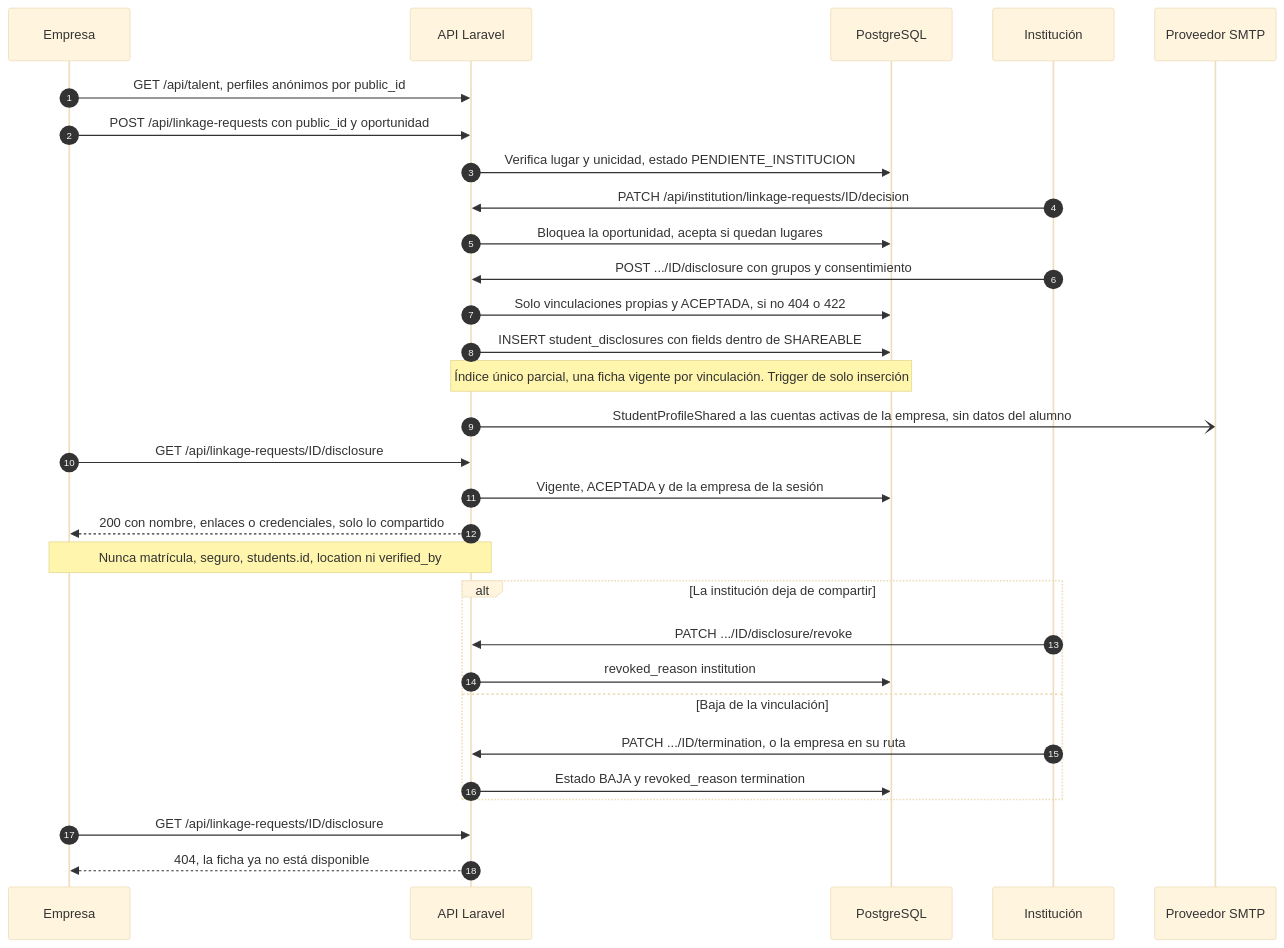
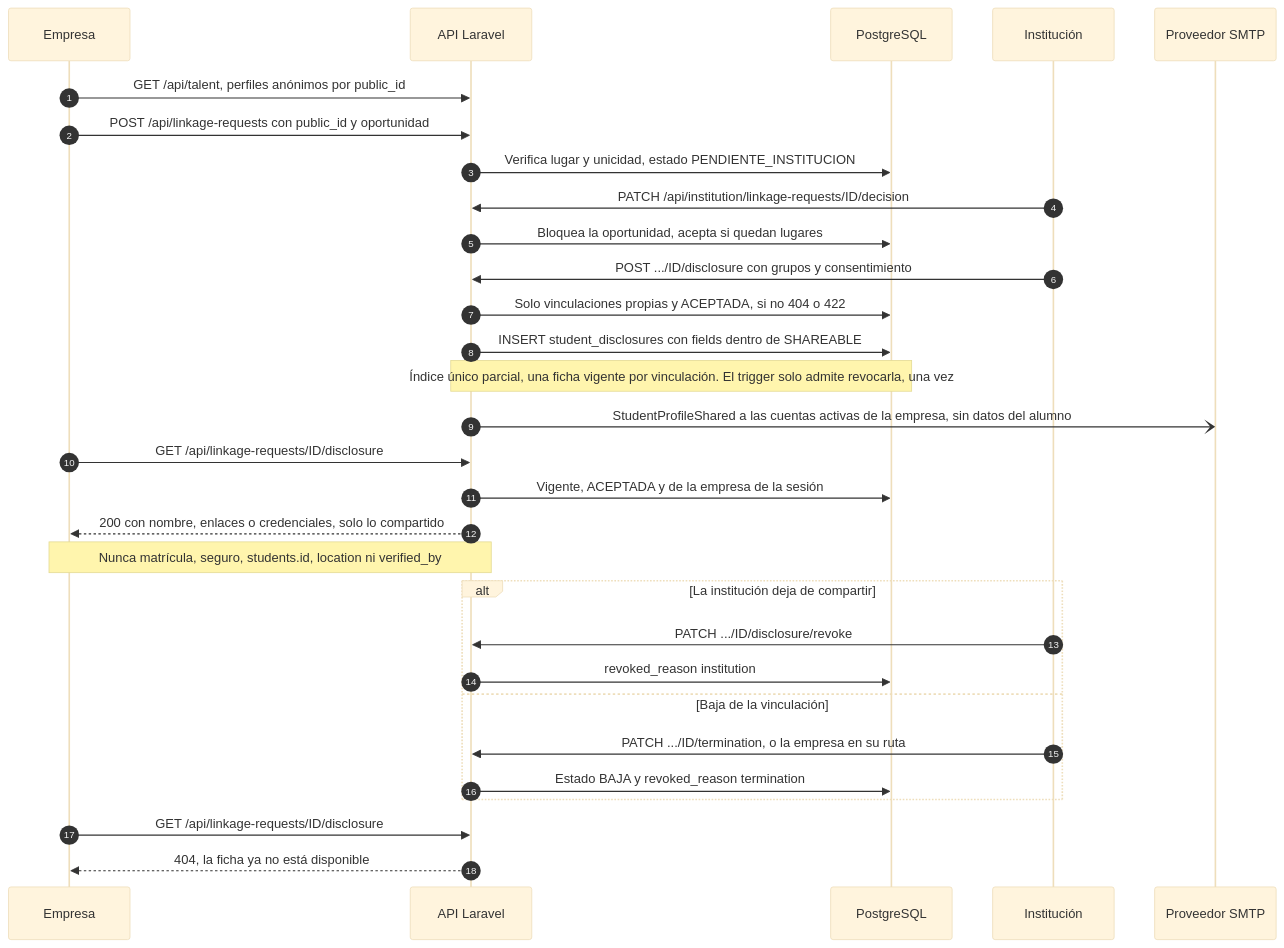
The diagram in docs/tecnica/03-datos/03-ficha-compartida.md (gener306-coder/banco-talentos), drawn with Mermaid (base theme) before and after one commit. The commit also changed other lines of this file and 8 other files, not shown here.

````diff
--- a/docs/tecnica/03-datos/03-ficha-compartida.md
+++ b/docs/tecnica/03-datos/03-ficha-compartida.md
@@ -12,34 +46,34 @@
 ```mermaid
 %% D09: Secuencia, vinculación y ficha compartida
 sequenceDiagram
     autonumber
     participant E as Empresa
     participant API as API Laravel
     participant DB as PostgreSQL
     participant I as Institución
     participant M as Proveedor SMTP
 
     E->>API: GET /api/talent, perfiles anónimos por public_id
     E->>API: POST /api/linkage-requests con public_id y oportunidad
     API->>DB: Verifica lugar y unicidad, estado PENDIENTE_INSTITUCION
     I->>API: PATCH /api/institution/linkage-requests/ID/decision
     API->>DB: Bloquea la oportunidad, acepta si quedan lugares
     I->>API: POST .../ID/disclosure con grupos y consentimiento
     API->>DB: Solo vinculaciones propias y ACEPTADA, si no 404 o 422
     API->>DB: INSERT student_disclosures con fields dentro de SHAREABLE
-    Note over API,DB: Índice único parcial, una ficha vigente por vinculación. Trigger de solo inserción
+    Note over API,DB: Índice único parcial, una ficha vigente por vinculación. El trigger solo admite revocarla, una vez
     API-)M: StudentProfileShared a las cuentas activas de la empresa, sin datos del alumno
     E->>API: GET /api/linkage-requests/ID/disclosure
     API->>DB: Vigente, ACEPTADA y de la empresa de la sesión
     API-->>E: 200 con nombre, enlaces o credenciales, solo lo compartido
     Note over E,API: Nunca matrícula, seguro, students.id, location ni verified_by
     alt La institución deja de compartir
         I->>API: PATCH .../ID/disclosure/revoke
         API->>DB: revoked_reason institution
     else Baja de la vinculación
         I->>API: PATCH .../ID/termination, o la empresa en su ruta
         API->>DB: Estado BAJA y revoked_reason termination
     end
     E->>API: GET /api/linkage-requests/ID/disclosure
     API-->>E: 404, la ficha ya no está disponible
 ```
````
